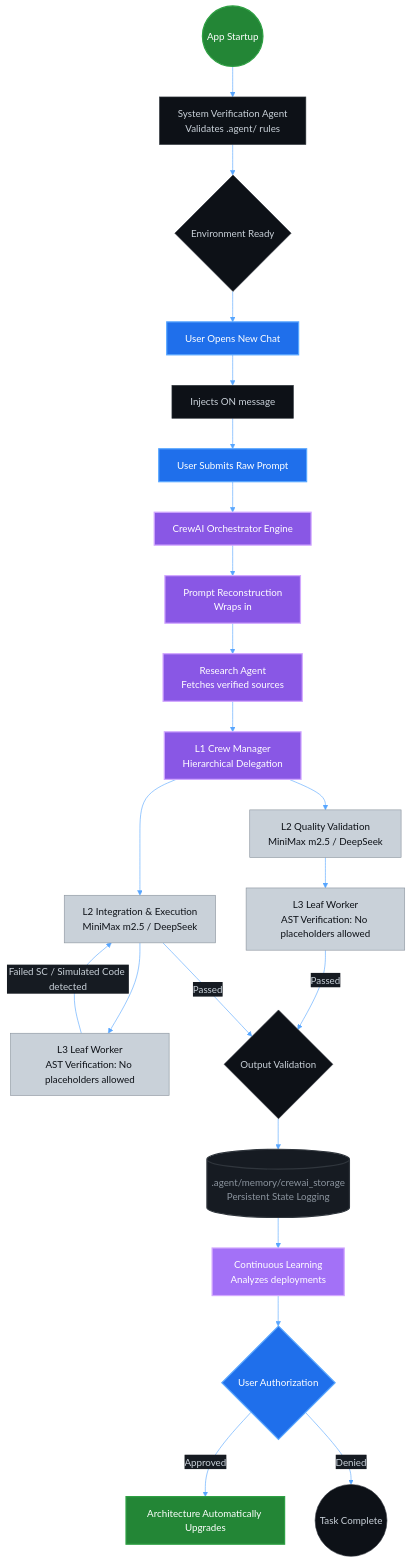
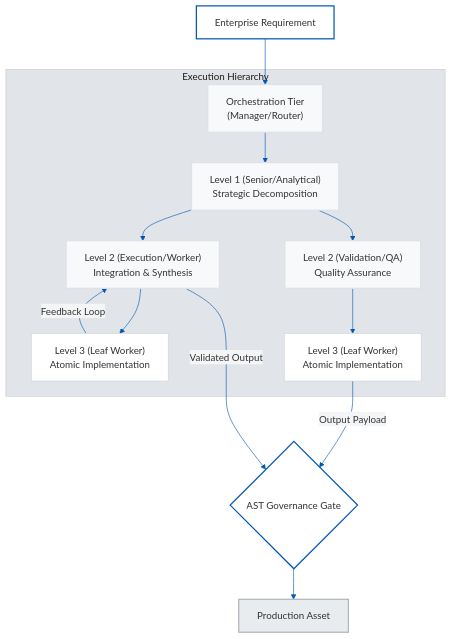
Before and after one commit to Victordtesla24/3-tier-multi-agent-architecture: the diagram in README.md, drawn with Mermaid. The commit also changed other lines of this file, not shown here.

Commit message:
Architectural Enhancements Vik 3 Mar 2026 9:30 PM

````diff
--- a/README.md
+++ b/README.md
@@ -89,47 +37,26 @@
 ```mermaid
-%%{init: {'theme': 'base', 'themeVariables': { 'primaryColor': '#0d1117', 'primaryTextColor': '#c9d1d9', 'primaryBorderColor': '#30363d', 'lineColor': '#58a6ff', 'secondaryColor': '#161b22', 'tertiaryColor': '#21262d'}}}%%
+%%{init: {'theme': 'base', 'themeVariables': { 'primaryColor': '#ffffff', 'primaryTextColor': '#333333', 'primaryBorderColor': '#cccccc', 'lineColor': '#0056b3', 'secondaryColor': '#f4f5f7', 'tertiaryColor': '#e1e4e8'}}}%%
+flowchart TD
+    %% Executive Styling
+    classDef input fill:#ffffff,stroke:#0056b3,stroke-width:2px,color:#333333;
+    classDef tier fill:#f8f9fa,stroke:#dee2e6,stroke-width:2px,color:#333333;
+    classDef worker fill:#ffffff,stroke:#ced4da,stroke-width:1px,color:#333333;
+    classDef output fill:#e9ecef,stroke:#adb5bd,stroke-width:2px,color:#333333;
 
-flowchart TD
-    %% Define Styles
-    classDef user fill:#1f6feb,stroke:#58a6ff,stroke-width:2px,color:#fff;
-    classDef init fill:#238636,stroke:#2ea043,stroke-width:2px,color:#fff;
-    classDef core fill:#8957e5,stroke:#d2a8ff,stroke-width:2px,color:#fff;
-    classDef worker fill:#c9d1d9,stroke:#8b949e,stroke-width:1px,color:#0d1117;
-    classDef storage fill:#161b22,stroke:#30363d,stroke-width:2px,color:#8b949e;
-    classDef review fill:#a371f7,stroke:#d2a8ff,stroke-width:2px,color:#fff;
+    REQ["Enterprise Requirement"]:::input --> ORCH["Orchestration Tier<br/>(Manager/Router)"]:::tier
+    
+    subgraph Execution Hierarchy
+        ORCH --> L1["Level 1 (Senior/Analytical)<br/>Strategic Decomposition"]:::tier
+        L1 --> L2_A["Level 2 (Execution/Worker)<br/>Integration & Synthesis"]:::tier
+        L1 --> L2_B["Level 2 (Validation/QA)<br/>Quality Assurance"]:::tier
+        
+        L2_A --> L3_A["Level 3 (Leaf Worker)<br/>Atomic Implementation"]:::worker
+        L2_B --> L3_B["Level 3 (Leaf Worker)<br/>Atomic Implementation"]:::worker
+    end
 
-    %% Global Initialization
-    START(("App Startup")):::init --> VERIFY["System Verification Agent<br/>Validates .agent/ rules"]
-    VERIFY --> READY{"Environment Ready"}
-
-    %% User Interaction
-    NEW_CHAT["User Opens New Chat"]:::user --> MSG["Injects ON message"]
-    READY --> NEW_CHAT
-    MSG --> PROMPT["User Submits Raw Prompt"]:::user
-
-    %% Engine execution (State Machine -> CrewAI Orchestrator)
-    PROMPT --> ORCHESTRATOR["CrewAI Orchestrator Engine"]:::core
+    L3_A -- Feedback Loop --> L2_A
+    L3_B -- Output Payload --> VAL{"AST Governance Gate"}:::input
+    L2_A -- Validated Output --> VAL
     
-    %% Pipeline Execution
-    ORCHESTRATOR --> RECONSTRUCT["Prompt Reconstruction<br/>Wraps in <input_data>"]:::core
-    RECONSTRUCT --> RESEARCH["Research Agent<br/>Fetches verified sources"]:::core
-    RESEARCH --> L1["L1 Crew Manager<br/>Hierarchical Delegation"]:::core
-    
-    %% L2 / L3 Delegation
-    L1 --> L2_A["L2 Integration & Execution<br/>MiniMax m2.5 / DeepSeek"]:::worker
-    L1 --> L2_B["L2 Quality Validation<br/>MiniMax m2.5 / DeepSeek"]:::worker
-    L2_A --> L3_A["L3 Leaf Worker<br/>AST Verification: No placeholders allowed"]:::worker
-    L2_B --> L3_B["L3 Leaf Worker<br/>AST Verification: No placeholders allowed"]:::worker
-
-    %% Feedback loop
-    L3_A -- Failed SC / Simulated Code detected --> L2_A
-    L3_B -- Passed --> VALIDATION{"Output Validation"}
-    L2_A -- Passed --> VALIDATION
-
-    %% Memory and Post-processing
-    VALIDATION --> MEMORY[(".agent/memory/crewai_storage<br/>Persistent State Logging")]:::storage
-    MEMORY --> LEARNING["Continuous Learning<br/>Analyzes deployments"]:::review
-    LEARNING --> APPROVAL{User Authorization}:::user
-    APPROVAL -- "Approved" --> UPDATE[Architecture Automatically Upgrades]:::init
-    APPROVAL -- "Denied" --> END((Task Complete))
+    VAL --> DEPLOY["Production Asset"]:::output
 ```
````
